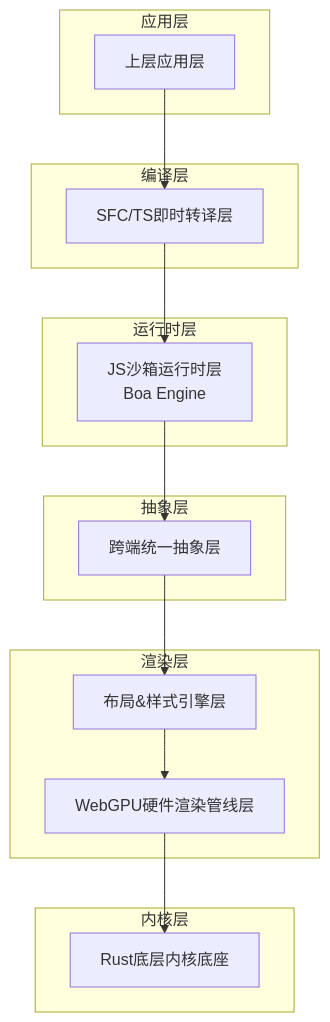
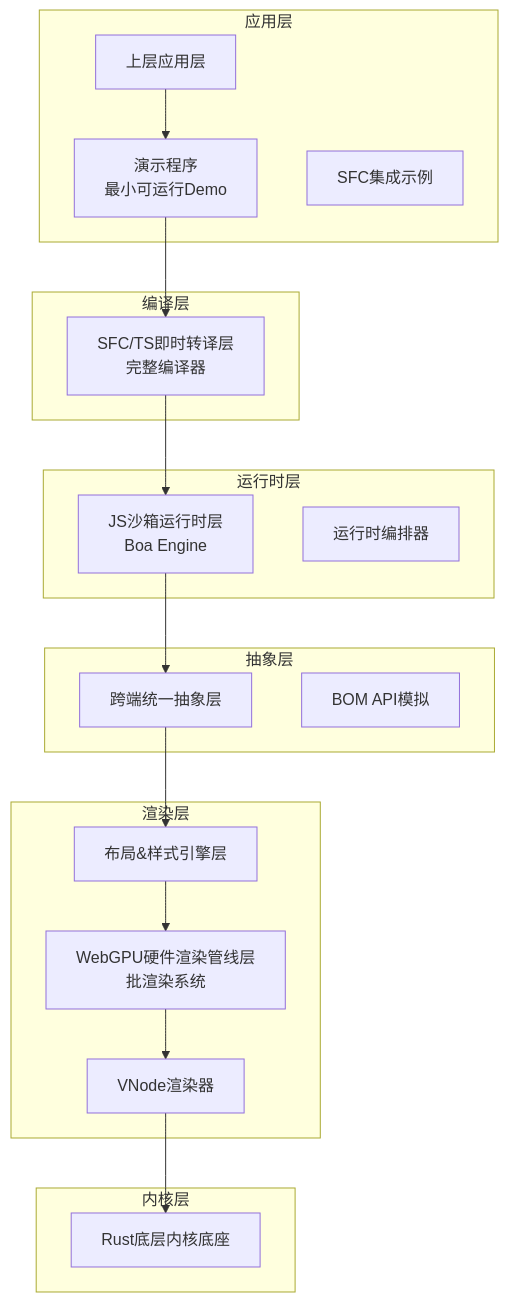
Before and after one commit to itszzl-sudo/iris: the first of 16 diagrams in .qoder/repowiki/zh/content/核心功能特性/完整Vue生态兼容.md, drawn with Mermaid. The commit also changed other lines of this file and 7 other files, not shown here.

````diff
--- a/.qoder/repowiki/zh/content/核心功能特性/完整Vue生态兼容.md
+++ b/.qoder/repowiki/zh/content/核心功能特性/完整Vue生态兼容.md
@@ -60,28 +66,36 @@
 ```mermaid
 graph TB
 subgraph "应用层"
 App[上层应用层]
+Demo[演示程序<br/>最小可运行Demo]
+SFCIntegration[SFC集成示例]
 end
 subgraph "编译层"
-SFC[SFC/TS即时转译层]
+SFC[SFC/TS即时转译层<br/>完整编译器]
+SFCIntegration[SFC集成示例]
 end
 subgraph "运行时层"
 JS[JS沙箱运行时层<br/>Boa Engine]
+RuntimeOrchestrator[运行时编排器]
 end
 subgraph "抽象层"
 UA[跨端统一抽象层]
+BOM[BOM API模拟]
 end
 subgraph "渲染层"
 Layout[布局&样式引擎层]
-GPU[WebGPU硬件渲染管线层]
+GPU[WebGPU硬件渲染管线层<br/>批渲染系统]
+VNodeRenderer[VNode渲染器]
 end
 subgraph "内核层"
 Kernel[Rust底层内核底座]
 end
-App --> SFC
+App --> Demo
+Demo --> SFC
 SFC --> JS
 JS --> UA
 UA --> Layout
 Layout --> GPU
-GPU --> Kernel
+GPU --> VNodeRenderer
+VNodeRenderer --> Kernel
 ```
````
